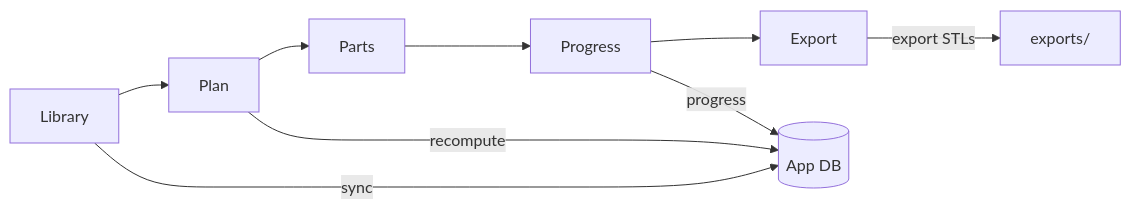
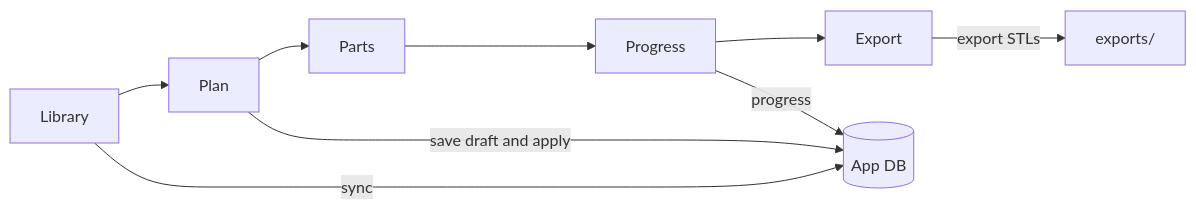
One commit to poitee/PrintPartnerPartner changed the third of 4 diagrams in docs/ARCHITECTURE.md. Above: the diagram before and after it, drawn with Mermaid. The commit also changed other lines of this file and 76 other files, not shown here.

````diff
--- a/docs/ARCHITECTURE.md
+++ b/docs/ARCHITECTURE.md
@@ -89,11 +89,11 @@
 ```mermaid
 flowchart LR
   Library[Library] --> Plan[Plan]
   Plan --> Parts[Parts]
   Parts --> Progress[Progress]
   Progress --> Export[Export]
   Library -->|sync| DB[(App DB)]
-  Plan -->|recompute| DB
+  Plan -->|save draft and apply| DB
   Export -->|export STLs| FS[exports/]
   Progress -->|progress| DB
 ```
````
